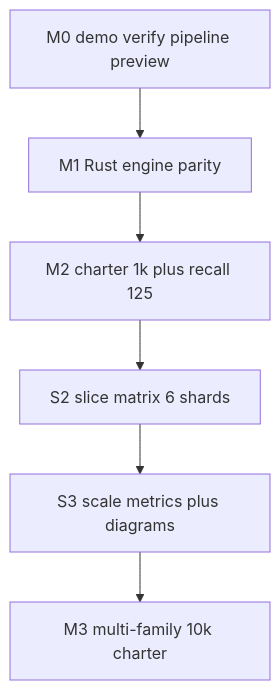
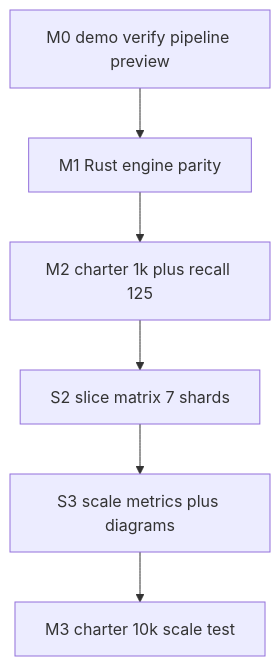
The first of 5 diagrams in docs/SCALE-DIAGRAMS.md (manutej/wiring-and-the-whole), drawn with Mermaid before and after one commit. The commit also changed other lines of this file and 65 other files, not shown here.

First line of the commit message:
feat(scale): S4 charter 10k LOC, 7-shard matrix, honest metrics

````diff
--- a/docs/SCALE-DIAGRAMS.md
+++ b/docs/SCALE-DIAGRAMS.md
@@ -11,10 +11,10 @@
 ```mermaid
 flowchart TB
   M0[M0 demo verify pipeline preview]
   M1[M1 Rust engine parity]
   M2[M2 charter 1k plus recall 125]
-  S2[S2 slice matrix 6 shards]
+  S2[S2 slice matrix 7 shards]
   S3[S3 scale metrics plus diagrams]
-  M3[M3 multi-family 10k charter]
+  M3[M3 charter 10k scale test]
   M0 --> M1 --> M2 --> S2 --> S3 --> M3
 ```
````
